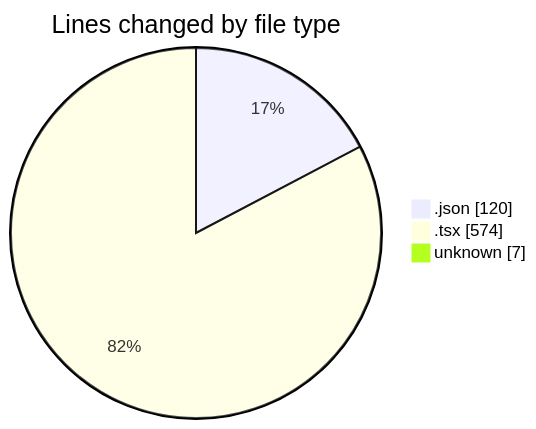
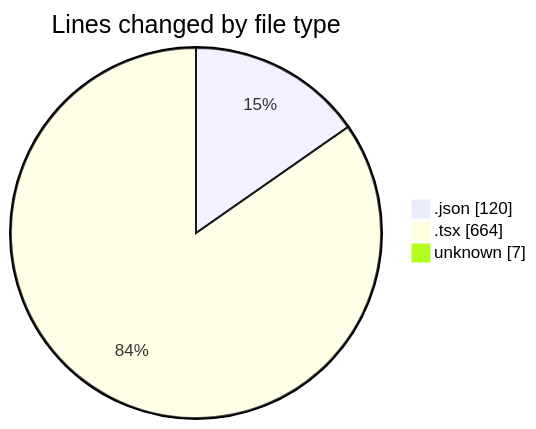
One commit to 3Nya3/code-tracking changed the first of 2 diagrams in 2024-12-31/nyah/README.md. Above: the diagram before and after it, drawn with Mermaid. The commit also changed other lines of this file and 1 other file, not shown here.

````diff
--- a/2024-12-31/nyah/README.md
+++ b/2024-12-31/nyah/README.md
@@ -22,7 +22,7 @@
 ```mermaid
 pie showData
 title Lines changed by file type
 ".json" : 120
-".tsx" : 574
+".tsx" : 664
 "unknown" : 7
 ```
````
